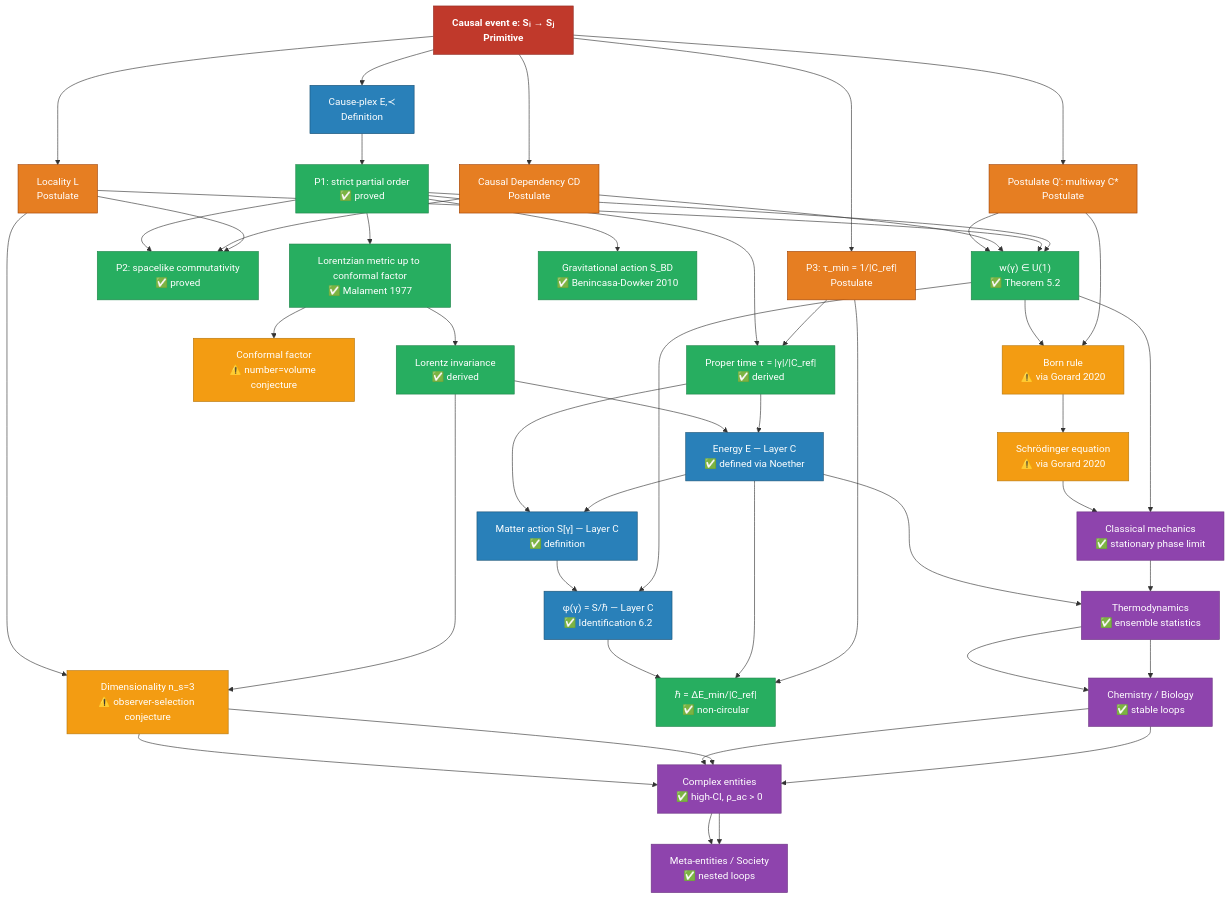
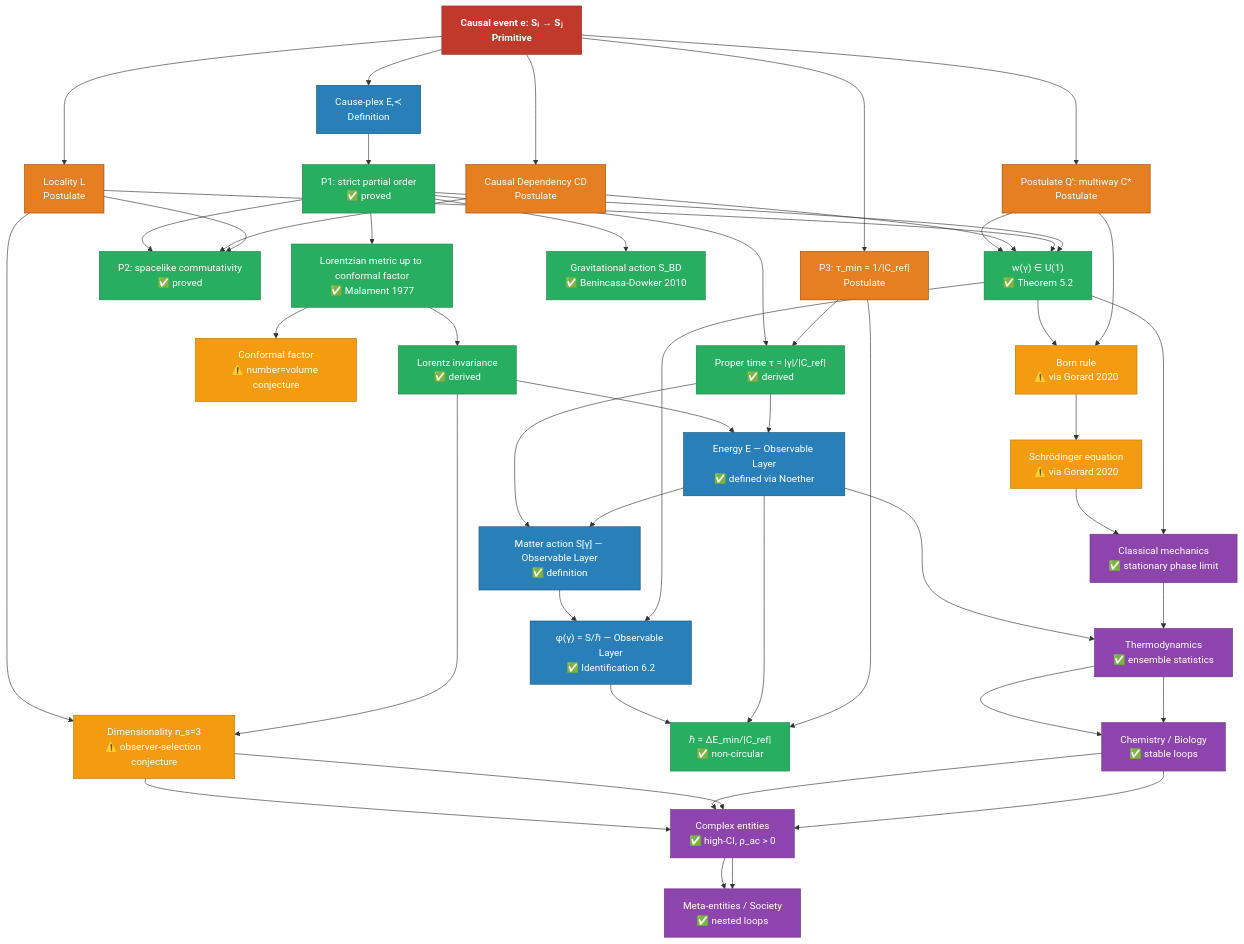
The diagram in docs/theory/causeplex_spacetime.md (ianderrington/epiphysics), drawn with Mermaid before and after one commit. The commit also changed other lines of this file and 10 other files, not shown here.

```diff
--- a/docs/theory/causeplex_spacetime.md
+++ b/docs/theory/causeplex_spacetime.md
@@ -408,13 +408,13 @@
     P2f["Lorentz invariance<br/>✅ derived"]:::proved
     P2g["Dimensionality n_s=3<br/>⚠️ observer-selection conjecture"]:::conditional
 
-    P3a["Energy E — Layer C<br/>✅ defined via Noether"]:::definition
+    P3a["Energy E — Observable Layer<br/>✅ defined via Noether"]:::definition
     P3b["Gravitational action S_BD<br/>✅ Benincasa-Dowker 2010"]:::proved
-    P3c["Matter action S[γ] — Layer C<br/>✅ definition"]:::definition
+    P3c["Matter action S[γ] — Observable Layer<br/>✅ definition"]:::definition
 
     Q0["Postulate Q': multiway C*<br/>Postulate"]:::postulate
     Q1["w(γ) ∈ U(1)<br/>✅ Theorem 5.2"]:::proved
-    Q2["φ(γ) = S/ℏ — Layer C<br/>✅ Identification 6.2"]:::definition
+    Q2["φ(γ) = S/ℏ — Observable Layer<br/>✅ Identification 6.2"]:::definition
     Q3["ℏ = ΔE_min/|C_ref|<br/>✅ non-circular"]:::proved
     Q4["Born rule<br/>⚠️ via Gorard 2020"]:::conditional
     Q5["Schrödinger equation<br/>⚠️ via Gorard 2020"]:::conditional
```
